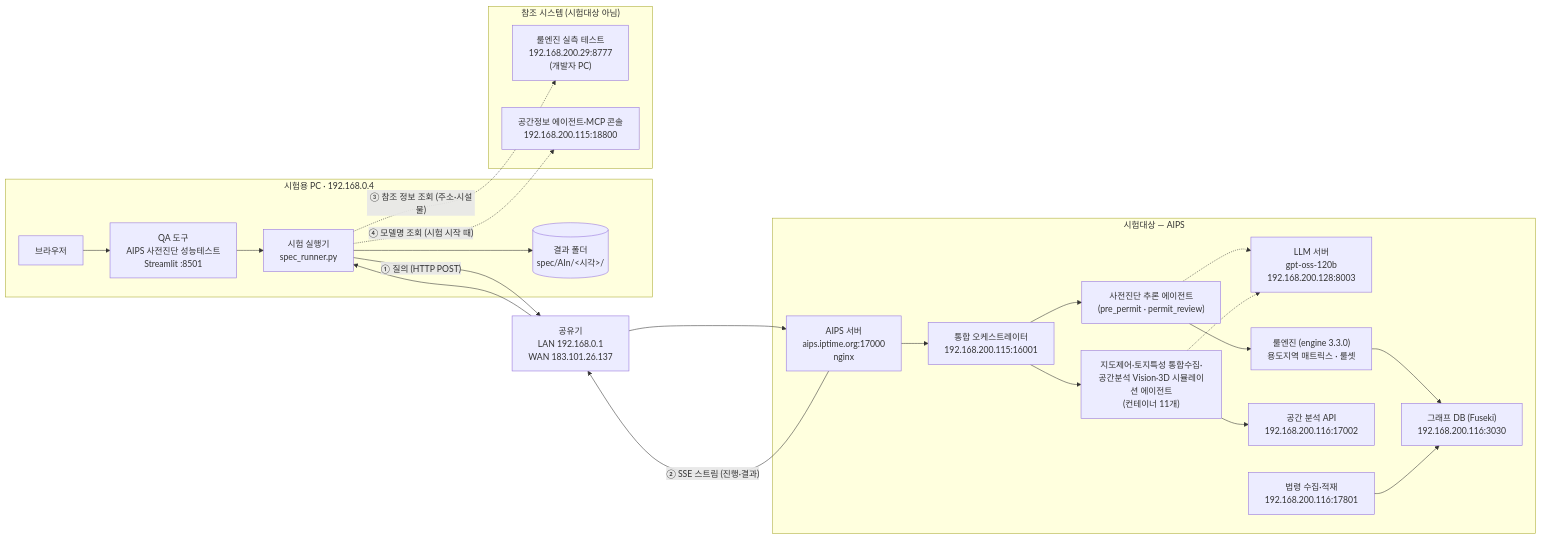
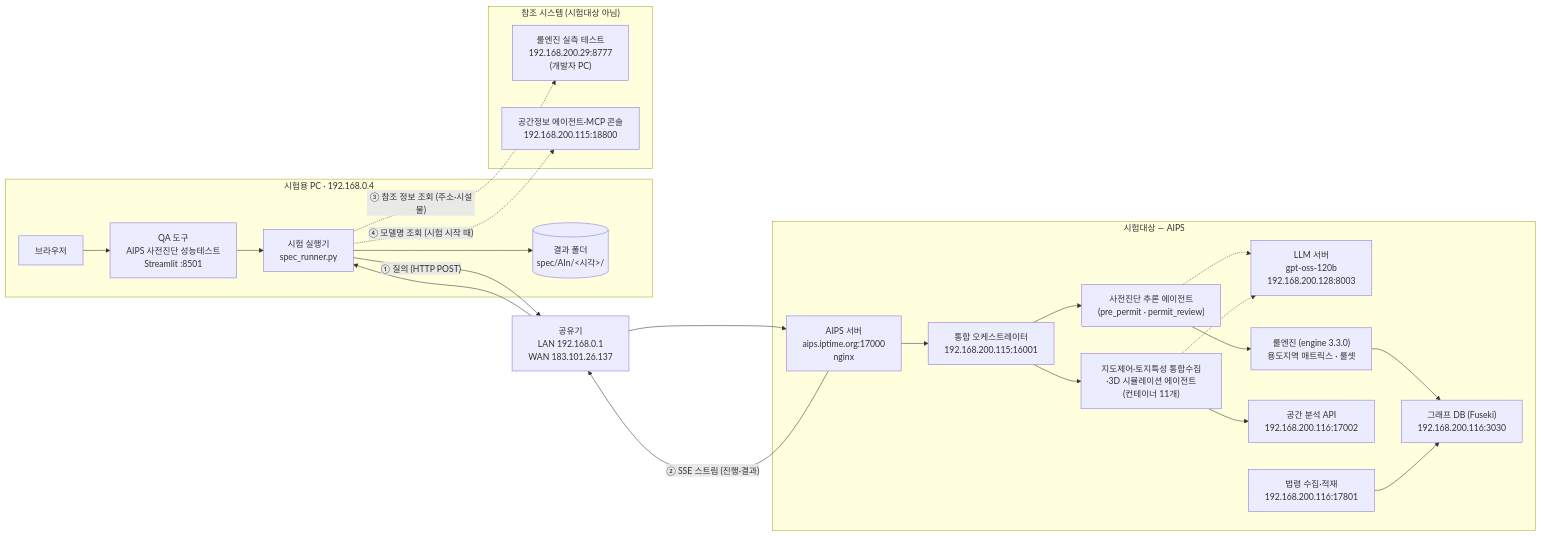
One commit to eunkyeoung/nipa_ai_eval changed the first of 2 diagrams in 시스템_아키텍처.md. Above: the diagram before and after it, drawn with Mermaid. The commit also changed other lines of this file and 3 other files, not shown here.

````diff
--- a/시스템_아키텍처.md
+++ b/시스템_아키텍처.md
@@ -15,41 +15,41 @@
 ```mermaid
 flowchart LR
     subgraph PC["시험용 PC · 192.168.0.4"]
         BR["브라우저"] --> APP["QA 도구<br/>AIPS 사전진단 성능테스트<br/>Streamlit :8501"]
         APP --> RUN["시험 실행기<br/>spec_runner.py"]
         RUN --> FS[("결과 폴더<br/>spec/AIn/&lt;시각&gt;/")]
     end
 
     RT["공유기<br/>LAN 192.168.0.1<br/>WAN 183.101.26.137"]
 
     subgraph SUT["시험대상 — AIPS"]
         WEB["AIPS 서버<br/>aips.iptime.org:17000<br/>nginx"]
         ORC["통합 오케스트레이터<br/>192.168.200.115:16001"]
         PP["사전진단 추론 에이전트<br/>(pre_permit · permit_review)"]
-        SPA["지도제어·토지특성 통합수집·공간분석 Vision·3D 시뮬레이션 에이전트<br/>(컨테이너 11개)"]
+        SPA["지도제어·토지특성 통합수집·3D 시뮬레이션 에이전트<br/>(컨테이너 11개)"]
         LLM["LLM 서버<br/>gpt-oss-120b<br/>192.168.200.128:8003"]
         ENG["룰엔진 (engine 3.3.0)<br/>용도지역 매트릭스 · 룰셋"]
         GEO["공간 분석 API<br/>192.168.200.116:17002"]
         LAW["법령 수집·적재<br/>192.168.200.116:17801"]
         FUS["그래프 DB (Fuseki)<br/>192.168.200.116:3030"]
         WEB --> ORC
         ORC --> PP
         ORC --> SPA
         PP --> ENG
         SPA --> GEO
         PP -.-> LLM
         SPA -.-> LLM
         ENG --> FUS
         LAW --> FUS
     end
 
     subgraph REF["참조 시스템 (시험대상 아님)"]
         R8777["룰엔진 실측 테스트<br/>192.168.200.29:8777<br/>(개발자 PC)"]
         CON["공간정보 에이전트·MCP 콘솔<br/>192.168.200.115:18800"]
     end
 
     RUN -- "① 질의 (HTTP POST)" --> RT --> WEB
     WEB -- "② SSE 스트림 (진행·결과)" --> RT --> RUN
     RUN -. "③ 참조 정보 조회 (주소·시설물)" .-> R8777
     RUN -. "④ 모델명 조회 (시험 시작 때)" .-> CON
 ```
````
